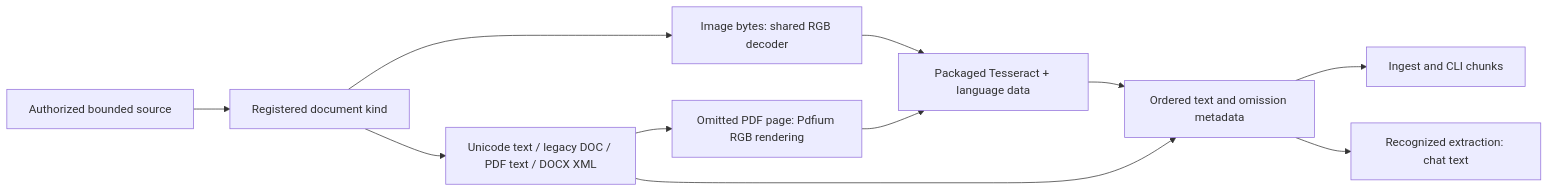
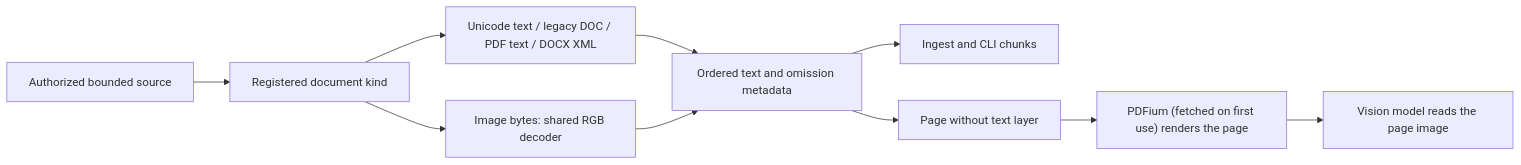
The diagram in engine/media/src/documents/README.md (cluaiz/cluaiz), drawn with Mermaid before and after one commit. The commit also changed other lines of this file and 19 other files, not shown here.

First line of the commit message:
feat(media): download PDFium on first use, send only pages without text to the vision model, remove Tesseract

````diff
--- a/engine/media/src/documents/README.md
+++ b/engine/media/src/documents/README.md
@@ -12,13 +12,12 @@
 ```mermaid
 flowchart LR
     A["Authorized bounded source"] --> B["Registered document kind"]
     B --> C["Unicode text / legacy DOC / PDF text / DOCX XML"]
     B --> I["Image bytes: shared RGB decoder"]
-    C --> P["Omitted PDF page: Pdfium RGB rendering"]
-    I --> O["Packaged Tesseract + language data"]
-    P --> O
-    O --> D
     C --> D["Ordered text and omission metadata"]
+    I --> D
     D --> E["Ingest and CLI chunks"]
-    D --> F["Recognized extraction: chat text"]
+    D --> S["Page without text layer"]
+    S --> P["PDFium (fetched on first use) renders the page"]
+    P --> V["Vision model reads the page image"]
 ```
````
